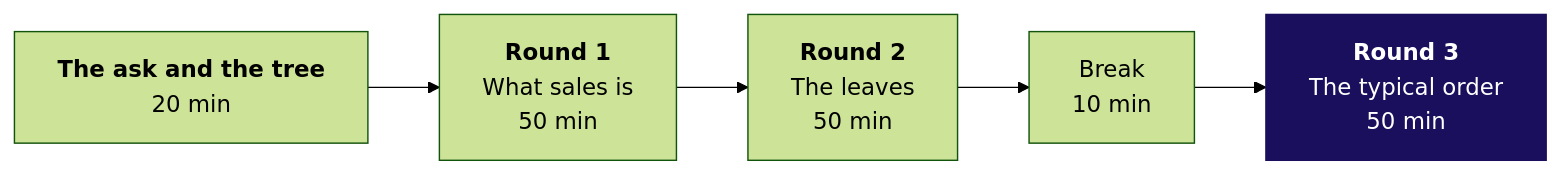
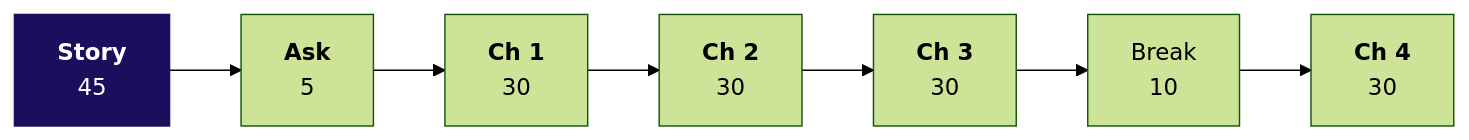
One commit to fde-academy-lab/c2-content-factory changed the first of 2 diagrams in content/W01/D1/trainer/C2_W01_D01_day_sheet_TRAINER.md. Above: the diagram before and after it, drawn with Mermaid (forest theme). The commit also changed other lines of this file and 11 other files, not shown here.

````diff
--- a/content/W01/D1/trainer/C2_W01_D01_day_sheet_TRAINER.md
+++ b/content/W01/D1/trainer/C2_W01_D01_day_sheet_TRAINER.md
@@ -23,6 +29,6 @@
 ```mermaid
 flowchart LR
-    A["<b>The ask and the tree</b><br/>20 min"] --> R1["<b>Round 1</b><br/>What sales is<br/>50 min"] --> R2["<b>Round 2</b><br/>The leaves<br/>50 min"] --> B["Break<br/>10 min"] --> R3["<b>Round 3</b><br/>The typical order<br/>50 min"]
+    S["<b>Story</b><br/>45"] --> A["<b>Ask</b><br/>5"] --> C1["<b>Ch 1</b><br/>30"] --> C2["<b>Ch 2</b><br/>30"] --> C3["<b>Ch 3</b><br/>30"] --> B["Break<br/>10"] --> C4["<b>Ch 4</b><br/>30"]
     classDef core fill:#1A0F5C,stroke:#1A0F5C,color:#FFFFFF
-    class R3 core
+    class S core
 ```
````
